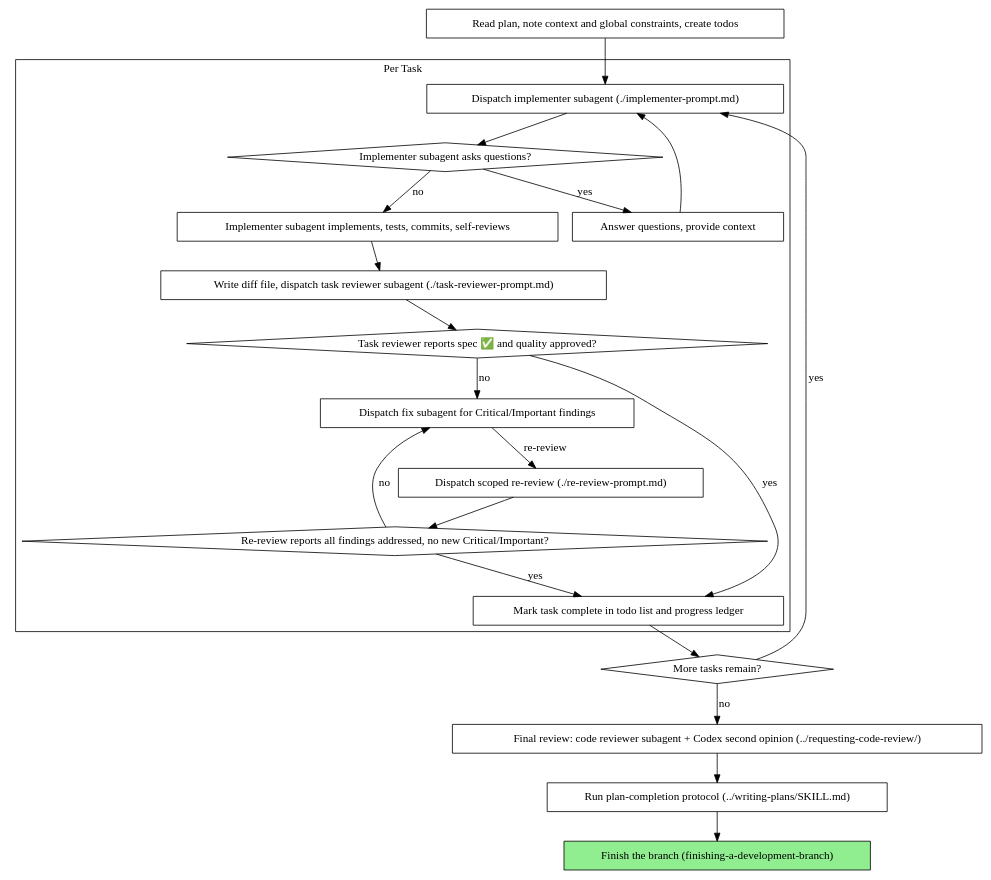
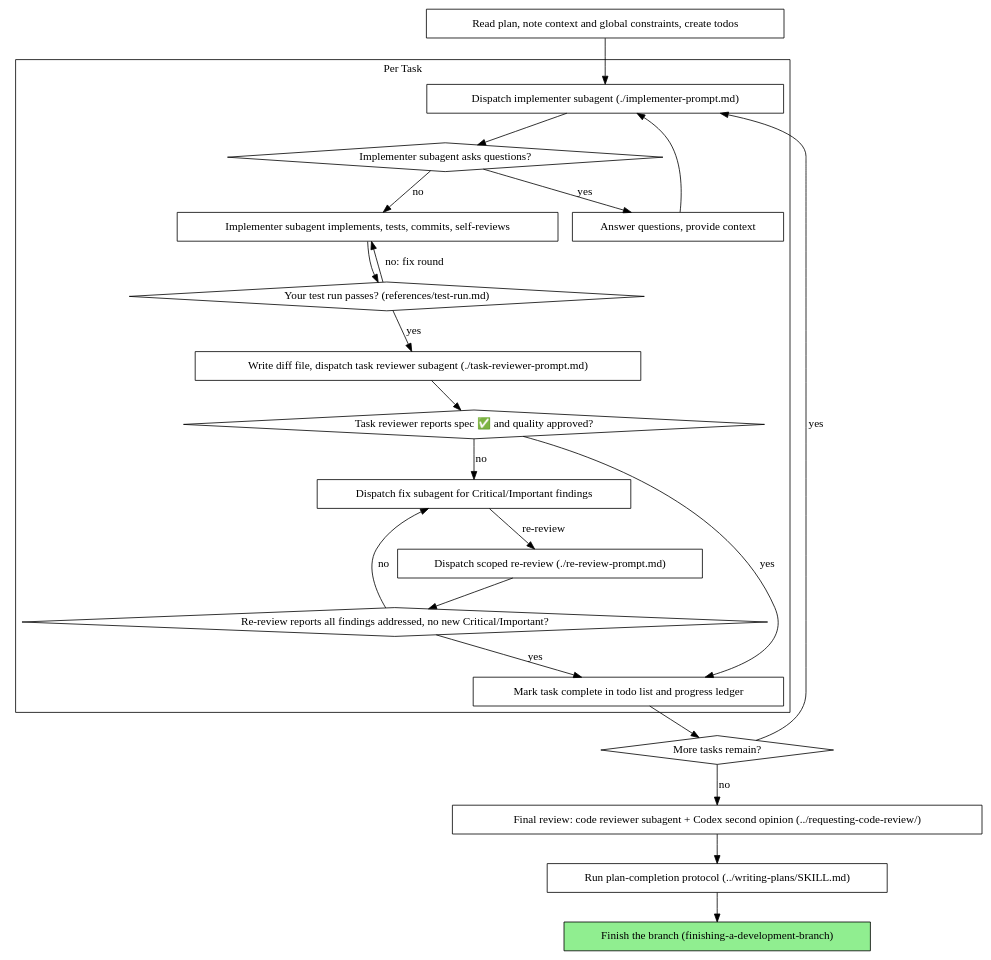
The diagram in skills/subagent-driven-development/SKILL.md (lowmason/agent-skills), drawn with Graphviz before and after one commit. The commit also changed other lines of this file and 12 other files, not shown here.

Commit message:
feat(skills): SDD's controller runs each task's tests before its review

````diff
--- a/skills/subagent-driven-development/SKILL.md
+++ b/skills/subagent-driven-development/SKILL.md
@@ -89,44 +89,47 @@
 ```dot
 digraph process {
     rankdir=TB;
 
     subgraph cluster_per_task {
         label="Per Task";
         "Dispatch implementer subagent (./implementer-prompt.md)" [shape=box];
         "Implementer subagent asks questions?" [shape=diamond];
         "Answer questions, provide context" [shape=box];
         "Implementer subagent implements, tests, commits, self-reviews" [shape=box];
+        "Your test run passes? (references/test-run.md)" [shape=diamond];
         "Write diff file, dispatch task reviewer subagent (./task-reviewer-prompt.md)" [shape=box];
         "Task reviewer reports spec ✅ and quality approved?" [shape=diamond];
         "Dispatch fix subagent for Critical/Important findings" [shape=box];
         "Dispatch scoped re-review (./re-review-prompt.md)" [shape=box];
         "Re-review reports all findings addressed, no new Critical/Important?" [shape=diamond];
         "Mark task complete in todo list and progress ledger" [shape=box];
     }
 
     "Read plan, note context and global constraints, create todos" [shape=box];
     "More tasks remain?" [shape=diamond];
     "Final review: code reviewer subagent + Codex second opinion (../requesting-code-review/)" [shape=box];
     "Run plan-completion protocol (../writing-plans/SKILL.md)" [shape=box];
     "Finish the branch (finishing-a-development-branch)" [shape=box style=filled fillcolor=lightgreen];
 
     "Read plan, note context and global constraints, create todos" -> "Dispatch implementer subagent (./implementer-prompt.md)";
     "Dispatch implementer subagent (./implementer-prompt.md)" -> "Implementer subagent asks questions?";
     "Implementer subagent asks questions?" -> "Answer questions, provide context" [label="yes"];
     "Answer questions, provide context" -> "Dispatch implementer subagent (./implementer-prompt.md)";
     "Implementer subagent asks questions?" -> "Implementer subagent implements, tests, commits, self-reviews" [label="no"];
-    "Implementer subagent implements, tests, commits, self-reviews" -> "Write diff file, dispatch task reviewer subagent (./task-reviewer-prompt.md)";
+    "Implementer subagent implements, tests, commits, self-reviews" -> "Your test run passes? (references/test-run.md)";
+    "Your test run passes? (references/test-run.md)" -> "Write diff file, dispatch task reviewer subagent (./task-reviewer-prompt.md)" [label="yes"];
+    "Your test run passes? (references/test-run.md)" -> "Implementer subagent implements, tests, commits, self-reviews" [label="no: fix round"];
     "Write diff file, dispatch task reviewer subagent (./task-reviewer-prompt.md)" -> "Task reviewer reports spec ✅ and quality approved?";
     "Task reviewer reports spec ✅ and quality approved?" -> "Dispatch fix subagent for Critical/Important findings" [label="no"];
     "Task reviewer reports spec ✅ and quality approved?" -> "Mark task complete in todo list and progress ledger" [label="yes"];
     "Dispatch fix subagent for Critical/Important findings" -> "Dispatch scoped re-review (./re-review-prompt.md)" [label="re-review"];
     "Dispatch scoped re-review (./re-review-prompt.md)" -> "Re-review reports all findings addressed, no new Critical/Important?";
     "Re-review reports all findings addressed, no new Critical/Important?" -> "Dispatch fix subagent for Critical/Important findings" [label="no"];
     "Re-review reports all findings addressed, no new Critical/Important?" -> "Mark task complete in todo list and progress ledger" [label="yes"];
     "Mark task complete in todo list and progress ledger" -> "More tasks remain?";
     "More tasks remain?" -> "Dispatch implementer subagent (./implementer-prompt.md)" [label="yes"];
     "More tasks remain?" -> "Final review: code reviewer subagent + Codex second opinion (../requesting-code-review/)" [label="no"];
     "Final review: code reviewer subagent + Codex second opinion (../requesting-code-review/)" -> "Run plan-completion protocol (../writing-plans/SKILL.md)";
     "Run plan-completion protocol (../writing-plans/SKILL.md)" -> "Finish the branch (finishing-a-development-branch)";
 }
 ```
````
